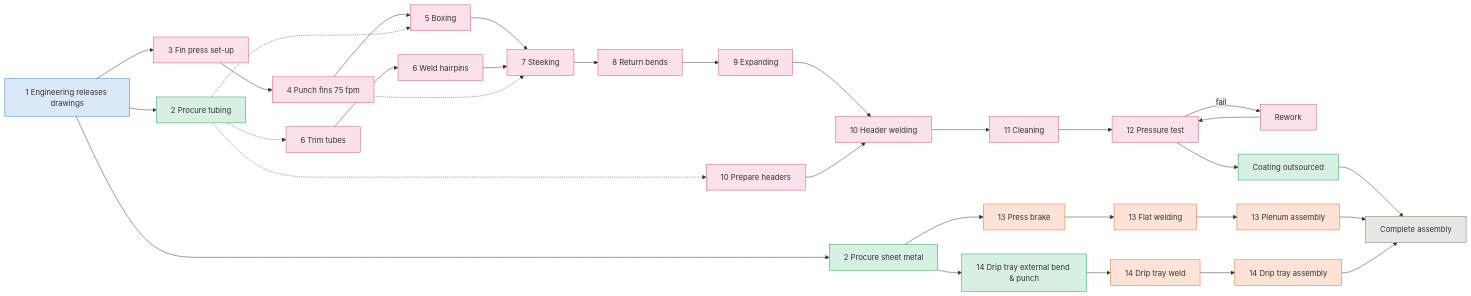
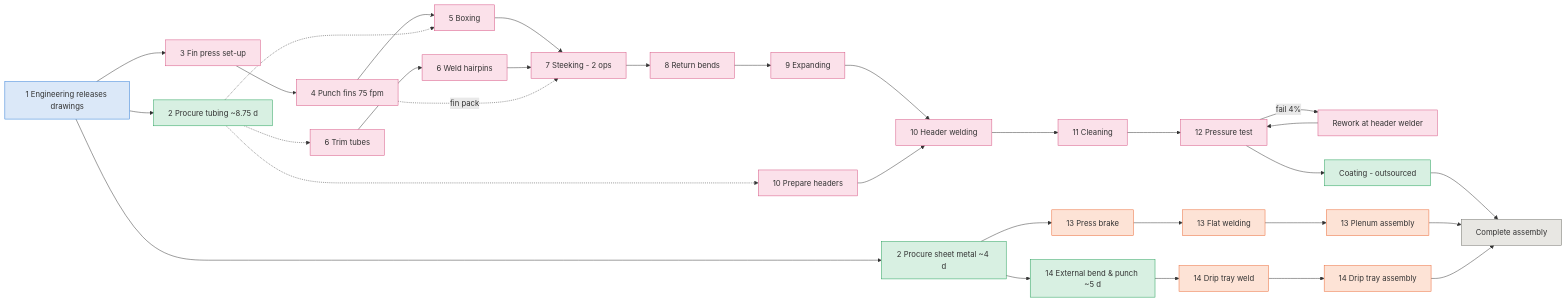
The diagram in evaporator-line-des/README.md (fadeelphillips29-cmd/facility-materials-handling-optimization), drawn with Mermaid before and after one commit. The commit also changed other lines of this file and 18 other files, not shown here.

````diff
--- a/evaporator-line-des/README.md
+++ b/evaporator-line-des/README.md
@@ -7,24 +156,24 @@
 ```mermaid
 flowchart LR
-    ENG[1 Engineering releases drawings]:::eng --> PS[2 Procure sheet metal]:::out
-    ENG --> PT[2 Procure tubing]:::out
+    ENG[1 Engineering releases drawings]:::eng --> PS[2 Procure sheet metal ~4 d]:::out
+    ENG --> PT[2 Procure tubing ~8.75 d]:::out
     ENG --> FPS[3 Fin press set-up]:::eva --> FIN[4 Punch fins 75 fpm]:::eva --> BOX[5 Boxing]:::eva
     PT -.-> BOX
     PT -.-> TRIM[6 Trim tubes]:::eva --> HP[6 Weld hairpins]:::eva
     PT -.-> PH[10 Prepare headers]:::eva
-    BOX --> STK[7 Steeking]:::eva
+    BOX --> STK[7 Steeking - 2 ops]:::eva
     HP --> STK
-    FIN -.-> STK
+    FIN -.->|fin pack| STK
     STK --> RB[8 Return bends]:::eva --> EXP[9 Expanding]:::eva --> HW[10 Header welding]:::eva
     PH --> HW
     HW --> WASH[11 Cleaning]:::eva --> TEST[12 Pressure test]:::eva
-    TEST -->|fail| RWK[Rework]:::eva --> TEST
-    TEST --> COAT[Coating outsourced]:::out --> CA[Complete assembly]:::asm
+    TEST -->|fail 4%| RWK[Rework at header welder]:::eva --> TEST
+    TEST --> COAT[Coating - outsourced]:::out --> CA[Complete assembly]:::asm
     PS --> PB[13 Press brake]:::sm --> FW[13 Flat welding]:::sm --> PA[13 Plenum assembly]:::sm --> CA
-    PS --> DTE[14 Drip tray external bend & punch]:::out --> DTW[14 Drip tray weld]:::sm --> DTA[14 Drip tray assembly]:::sm --> CA
+    PS --> DTE[14 External bend & punch ~5 d]:::out --> DTW[14 Drip tray weld]:::sm --> DTA[14 Drip tray assembly]:::sm --> CA
     classDef eng fill:#dbe8f8,stroke:#2a78d6
     classDef eva fill:#fbe1ea,stroke:#d55181
     classDef sm fill:#fde3d6,stroke:#eb6834
     classDef out fill:#d8f0e2,stroke:#1f9d55
     classDef asm fill:#e8e7e3,stroke:#6f6e69
 ```
````
